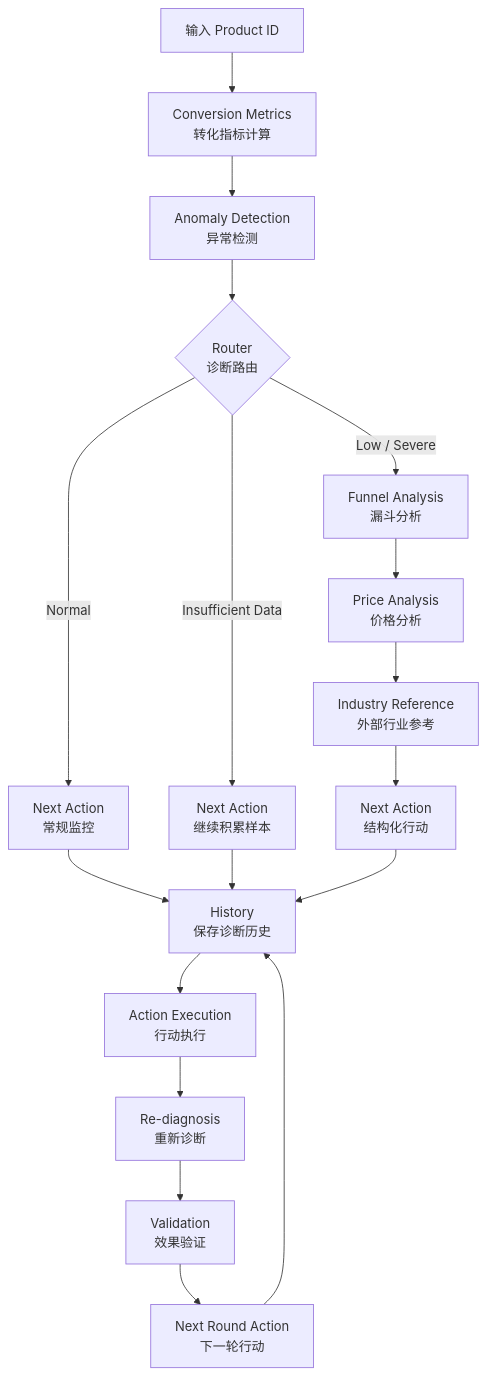
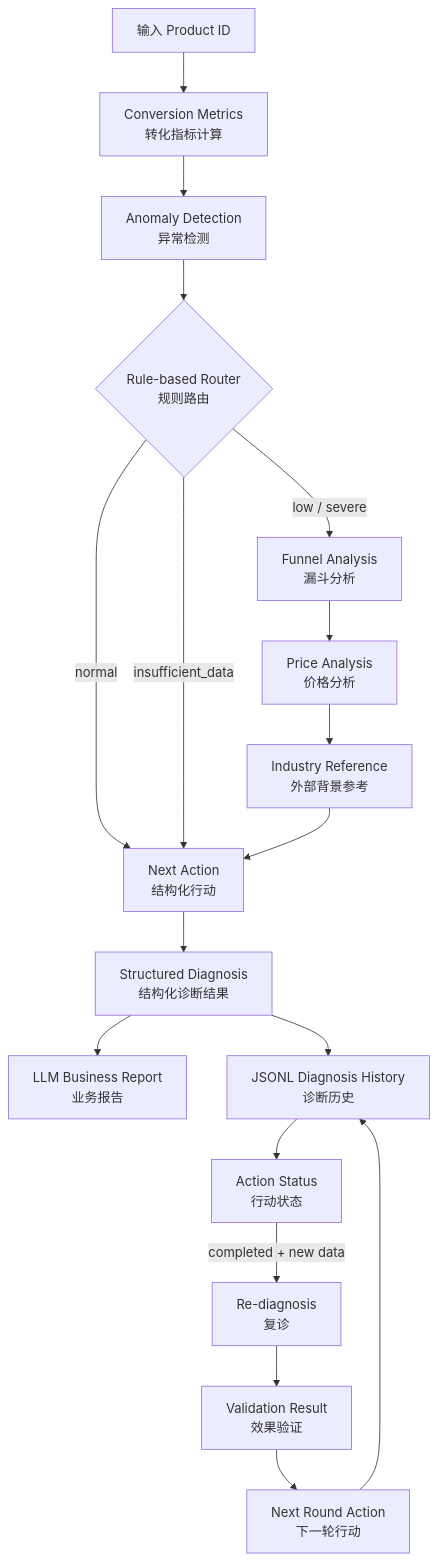
Before and after one commit to Elaine258/Ecomm-CVR-Agent: the diagram in README.md, drawn with Mermaid. The commit also changed other lines of this file and 3 other files, not shown here.

````diff
--- a/README.md
+++ b/README.md
@@ -245,35 +76,23 @@
 ```mermaid
 flowchart TD
+    INPUT[输入 Product ID] --> METRICS[Conversion Metrics<br/>转化指标计算]
+    METRICS --> ANOMALY[Anomaly Detection<br/>异常检测]
+    ANOMALY --> ROUTER{Rule-based Router<br/>规则路由}
 
-    A[输入 Product ID] --> B[Conversion Metrics<br/>转化指标计算]
+    ROUTER -->|normal| ACTION[Next Action<br/>结构化行动]
+    ROUTER -->|insufficient_data| ACTION
+    ROUTER -->|low / severe| FUNNEL[Funnel Analysis<br/>漏斗分析]
+    FUNNEL --> PRICE[Price Analysis<br/>价格分析]
+    PRICE --> INDUSTRY[Industry Reference<br/>外部背景参考]
+    INDUSTRY --> ACTION
 
-    B --> C[Anomaly Detection<br/>异常检测]
+    ACTION --> RESULT[Structured Diagnosis<br/>结构化诊断结果]
+    RESULT --> REPORT[LLM Business Report<br/>业务报告]
+    RESULT --> HISTORY[JSONL Diagnosis History<br/>诊断历史]
 
-    C --> D{Router<br/>诊断路由}
-
-    D -->|Normal| I[Next Action<br/>常规监控]
-
-    D -->|Insufficient Data| J[Next Action<br/>继续积累样本]
-
-    D -->|Low / Severe| E[Funnel Analysis<br/>漏斗分析]
-
-    E --> F[Price Analysis<br/>价格分析]
-
-    F --> G[Industry Reference<br/>外部行业参考]
-
-    G --> H[Next Action<br/>结构化行动]
-
-    I --> K[History<br/>保存诊断历史]
-    J --> K
-    H --> K
-
-    K --> L[Action Execution<br/>行动执行]
-
-    L --> M[Re-diagnosis<br/>重新诊断]
-
-    M --> N[Validation<br/>效果验证]
-
-    N --> O[Next Round Action<br/>下一轮行动]
-
-    O --> K
+    HISTORY --> STATUS[Action Status<br/>行动状态]
+    STATUS -->|completed + new data| REDIAG[Re-diagnosis<br/>复诊]
+    REDIAG --> VALIDATE[Validation Result<br/>效果验证]
+    VALIDATE --> NEXT[Next Round Action<br/>下一轮行动]
+    NEXT --> HISTORY
 ```
````
